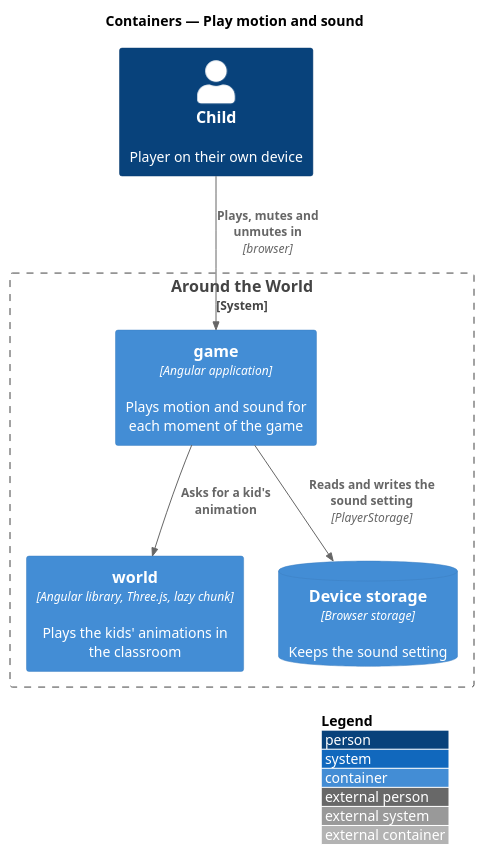
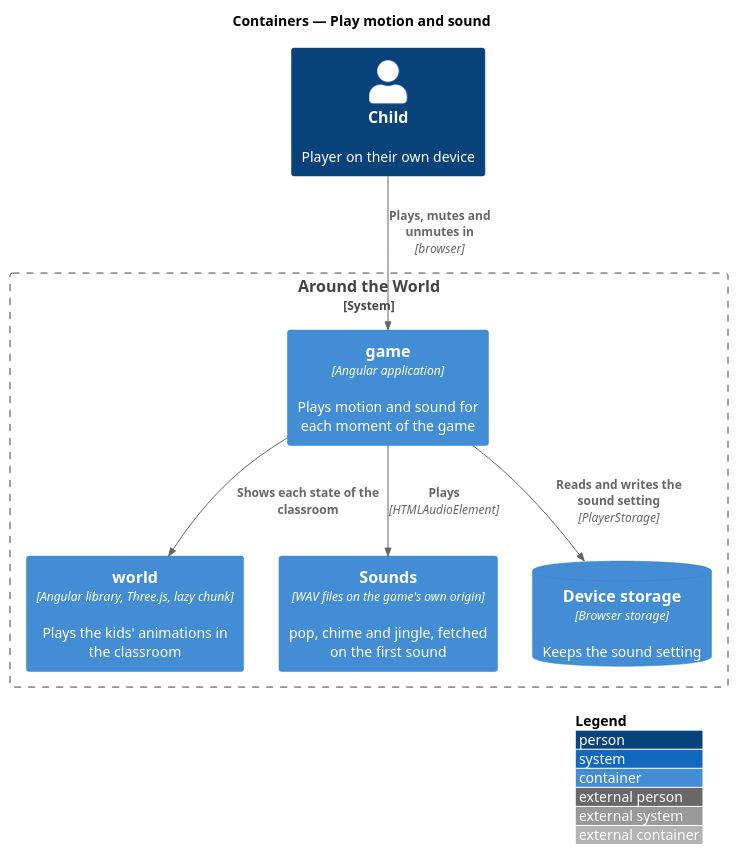
One commit to QuinntyneBrown/around-the-world changed the diagram in docs/detailed-designs/classroom/play-motion-and-sound/diagrams/c4-container.puml. Above: the diagram before and after it, drawn with PlantUML. The commit also changed 25 other files, not shown here.

First line of the commit message:
Decide how motion and sound play: the fade token, the sounds and the mute

```diff
--- a/docs/detailed-designs/classroom/play-motion-and-sound/diagrams/c4-container.puml
+++ b/docs/detailed-designs/classroom/play-motion-and-sound/diagrams/c4-container.puml
@@ -1,15 +1,17 @@
 @startuml
 !include <C4/C4_Container>
 LAYOUT_WITH_LEGEND()
 title Containers — Play motion and sound
 
 Person(child, "Child", "Player on their own device")
 System_Boundary(atw, "Around the World") {
   Container(game, "game", "Angular application", "Plays motion and sound for each moment of the game")
   Container(world, "world", "Angular library, Three.js, lazy chunk", "Plays the kids' animations in the classroom")
+  Container(sounds, "Sounds", "WAV files on the game's own origin", "pop, chime and jingle, fetched on the first sound")
   ContainerDb(store, "Device storage", "Browser storage", "Keeps the sound setting")
 }
 Rel(child, game, "Plays, mutes and unmutes in", "browser")
-Rel(game, world, "Asks for a kid's animation")
+Rel(game, world, "Shows each state of the classroom")
+Rel(game, sounds, "Plays", "HTMLAudioElement")
 Rel(game, store, "Reads and writes the sound setting", "PlayerStorage")
 @enduml
```
